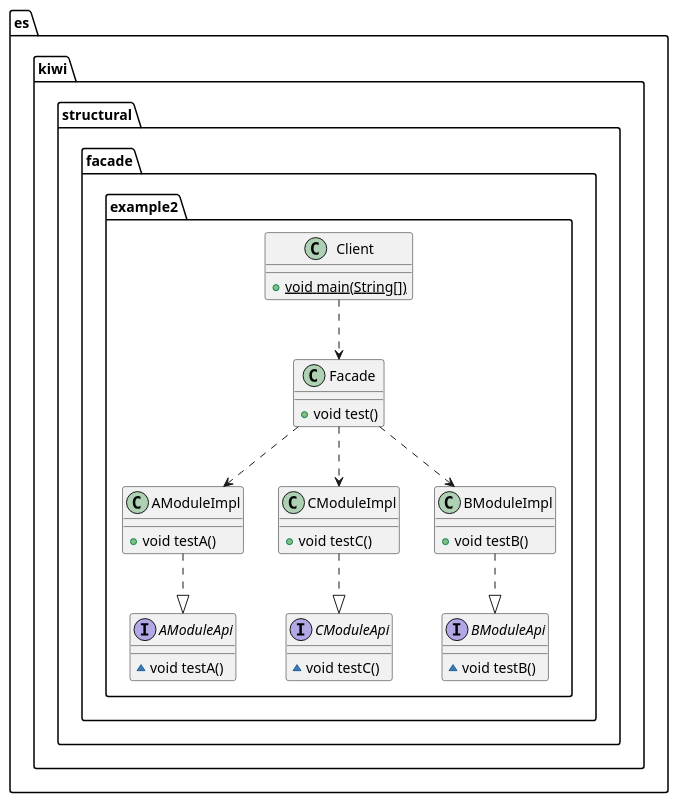
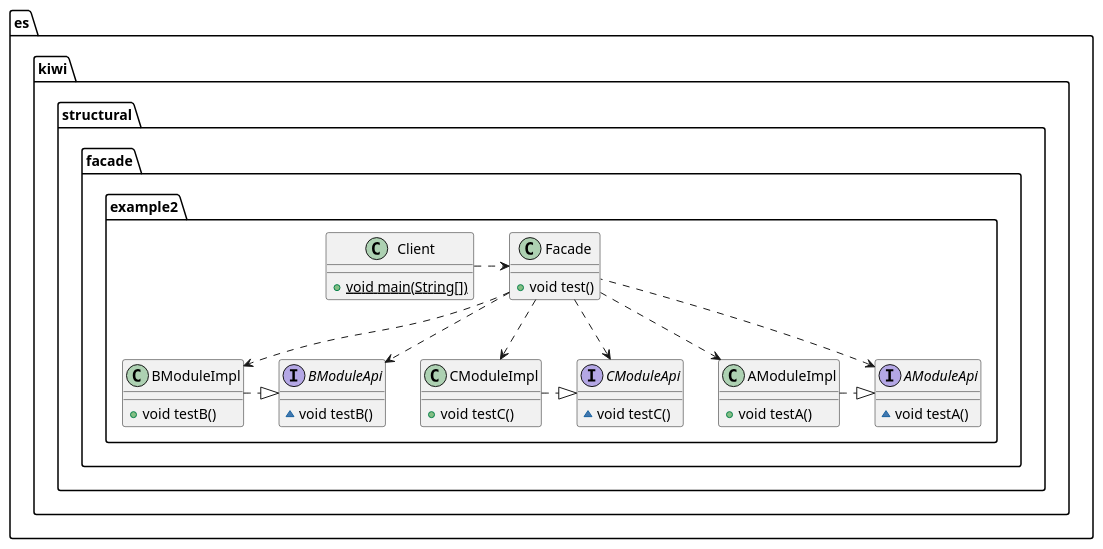
Before and after one commit to Nereitay/design_pattern: the diagram in src/main/java/es/kiwi/structural/facade/example2/e2.puml, drawn with PlantUML. The commit also changed 5 other files, not shown here.

```diff
--- a/src/main/java/es/kiwi/structural/facade/example2/e2.puml
+++ b/src/main/java/es/kiwi/structural/facade/example2/e2.puml
@@ -1,35 +1,38 @@
 @startuml
 class es.kiwi.structural.facade.example2.BModuleImpl {
 + void testB()
 }
 interface es.kiwi.structural.facade.example2.BModuleApi {
 ~ void testB()
 }
 class es.kiwi.structural.facade.example2.CModuleImpl {
 + void testC()
 }
 class es.kiwi.structural.facade.example2.Facade {
 + void test()
 }
 class es.kiwi.structural.facade.example2.Client {
 + {static} void main(String[])
 }
 class es.kiwi.structural.facade.example2.AModuleImpl {
 + void testA()
 }
 interface es.kiwi.structural.facade.example2.CModuleApi {
 ~ void testC()
 }
 interface es.kiwi.structural.facade.example2.AModuleApi {
 ~ void testA()
 }
 
 
-es.kiwi.structural.facade.example2.BModuleApi <|.up. es.kiwi.structural.facade.example2.BModuleImpl
-es.kiwi.structural.facade.example2.CModuleApi <|.up. es.kiwi.structural.facade.example2.CModuleImpl
-es.kiwi.structural.facade.example2.AModuleApi <|.up. es.kiwi.structural.facade.example2.AModuleImpl
+es.kiwi.structural.facade.example2.BModuleApi <|.left. es.kiwi.structural.facade.example2.BModuleImpl
+es.kiwi.structural.facade.example2.CModuleApi <|.left. es.kiwi.structural.facade.example2.CModuleImpl
+es.kiwi.structural.facade.example2.AModuleApi <|.left. es.kiwi.structural.facade.example2.AModuleImpl
 es.kiwi.structural.facade.example2.Facade ..> es.kiwi.structural.facade.example2.AModuleImpl
 es.kiwi.structural.facade.example2.Facade ..> es.kiwi.structural.facade.example2.BModuleImpl
 es.kiwi.structural.facade.example2.Facade ..> es.kiwi.structural.facade.example2.CModuleImpl
-es.kiwi.structural.facade.example2.Client ..> es.kiwi.structural.facade.example2.Facade
+es.kiwi.structural.facade.example2.Facade .up.> es.kiwi.structural.facade.example2.AModuleApi
+es.kiwi.structural.facade.example2.Facade .right.> es.kiwi.structural.facade.example2.BModuleApi
+es.kiwi.structural.facade.example2.Facade ..> es.kiwi.structural.facade.example2.CModuleApi
+es.kiwi.structural.facade.example2.Client .right.> es.kiwi.structural.facade.example2.Facade
 @enduml
```
